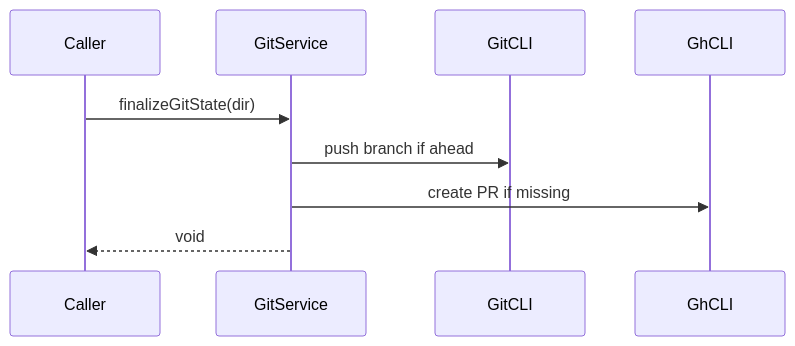
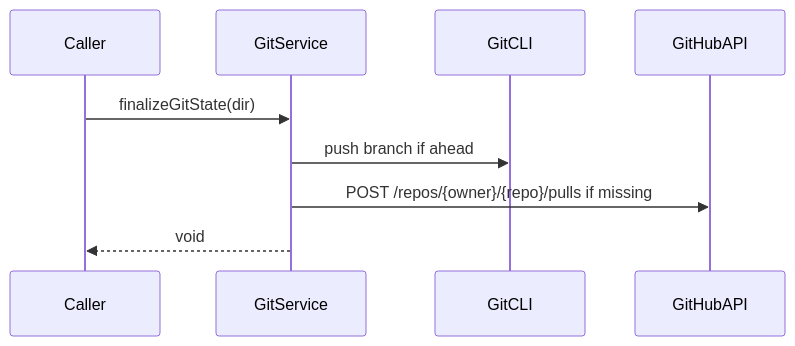
Before and after one commit to TurtleStoffel/tektite-console: diagram 11 of 14 in src/backend/domains/git/README.md, drawn with Mermaid. The commit also changed other lines of this file and 3 other files, not shown here.

Commit message:
Github API instead of Github CLI

````diff
--- a/src/backend/domains/git/README.md
+++ b/src/backend/domains/git/README.md
@@ -122,11 +122,11 @@
 ```mermaid
 sequenceDiagram
     participant Caller
     participant GitService
     participant GitCLI
-    participant GhCLI
+    participant GitHubAPI
     Caller->>GitService: finalizeGitState(dir)
     GitService->>GitCLI: push branch if ahead
-    GitService->>GhCLI: create PR if missing
+    GitService->>GitHubAPI: POST /repos/{owner}/{repo}/pulls if missing
     GitService-->>Caller: void
 ```
````
